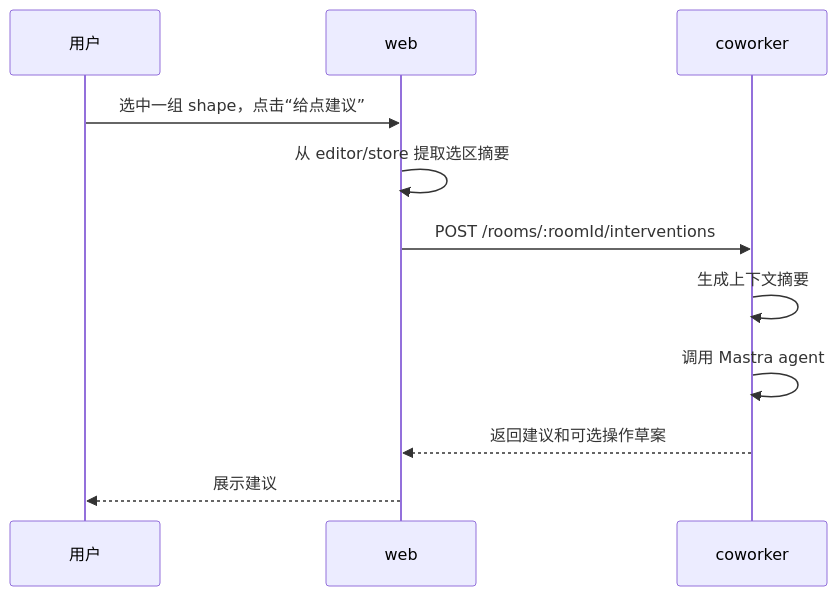
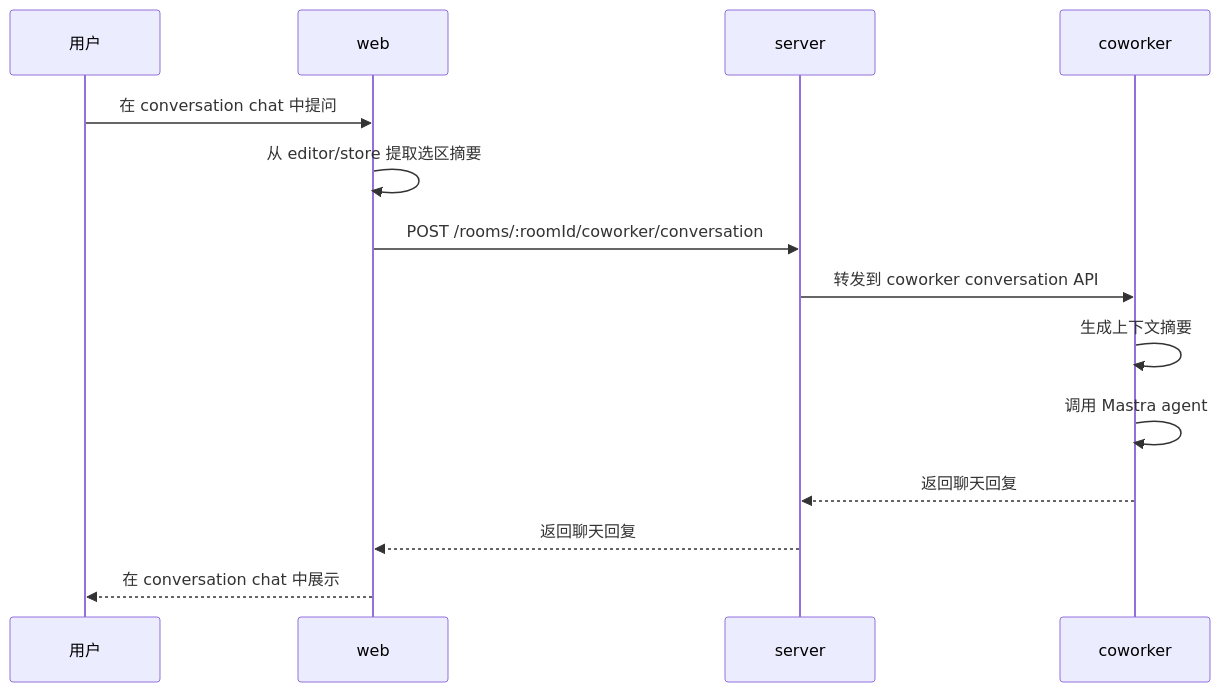
Diagram 12 of 15 in specs/coworker-collaboration-architecture.md (williamChen26/drawless), drawn with Mermaid before and after one commit. The commit also changed other lines of this file and 11 other files, not shown here.

````diff
--- a/specs/coworker-collaboration-architecture.md
+++ b/specs/coworker-collaboration-architecture.md
@@ -880,14 +1000,17 @@
 ```mermaid
 sequenceDiagram
   participant U as 用户
   participant W as web
+  participant S as server
   participant C as coworker
 
-  U->>W: 选中一组 shape，点击“给点建议”
+  U->>W: 在 conversation chat 中提问
   W->>W: 从 editor/store 提取选区摘要
-  W->>C: POST /rooms/:roomId/interventions
+  W->>S: POST /rooms/:roomId/coworker/conversation
+  S->>C: 转发到 coworker conversation API
   C->>C: 生成上下文摘要
   C->>C: 调用 Mastra agent
-  C-->>W: 返回建议和可选操作草案
-  W-->>U: 展示建议
+  C-->>S: 返回聊天回复
+  S-->>W: 返回聊天回复
+  W-->>U: 在 conversation chat 中展示
 ```
````
